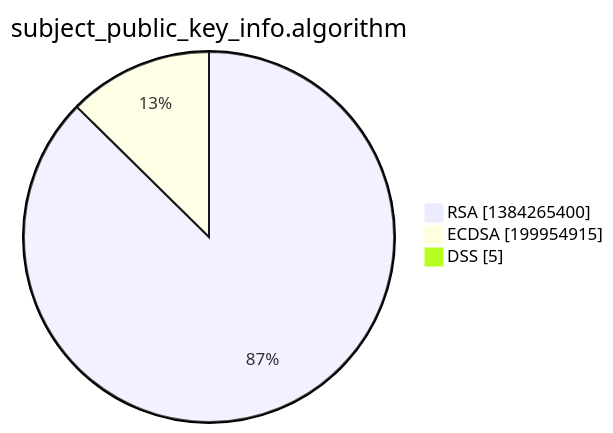
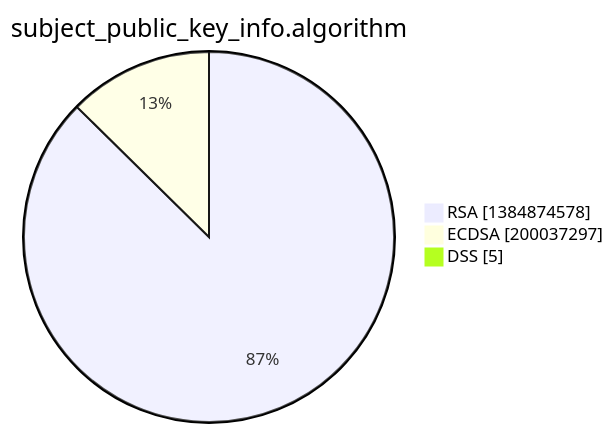
Before and after one commit to christiankrug/ctmonitor_visualization: the third of 15 diagrams in xenon2022/README.md, drawn with Mermaid. The commit also changed other lines of this file, not shown here.

````diff
--- a/xenon2022/README.md
+++ b/xenon2022/README.md
@@ -14,7 +14,7 @@
 ```mermaid
 pie showData
 title subject_public_key_info.algorithm
-"RSA" :1384265400
-"ECDSA" :199954915
+"RSA" :1384874578
+"ECDSA" :200037297
 "DSS" :5
 ```
````
